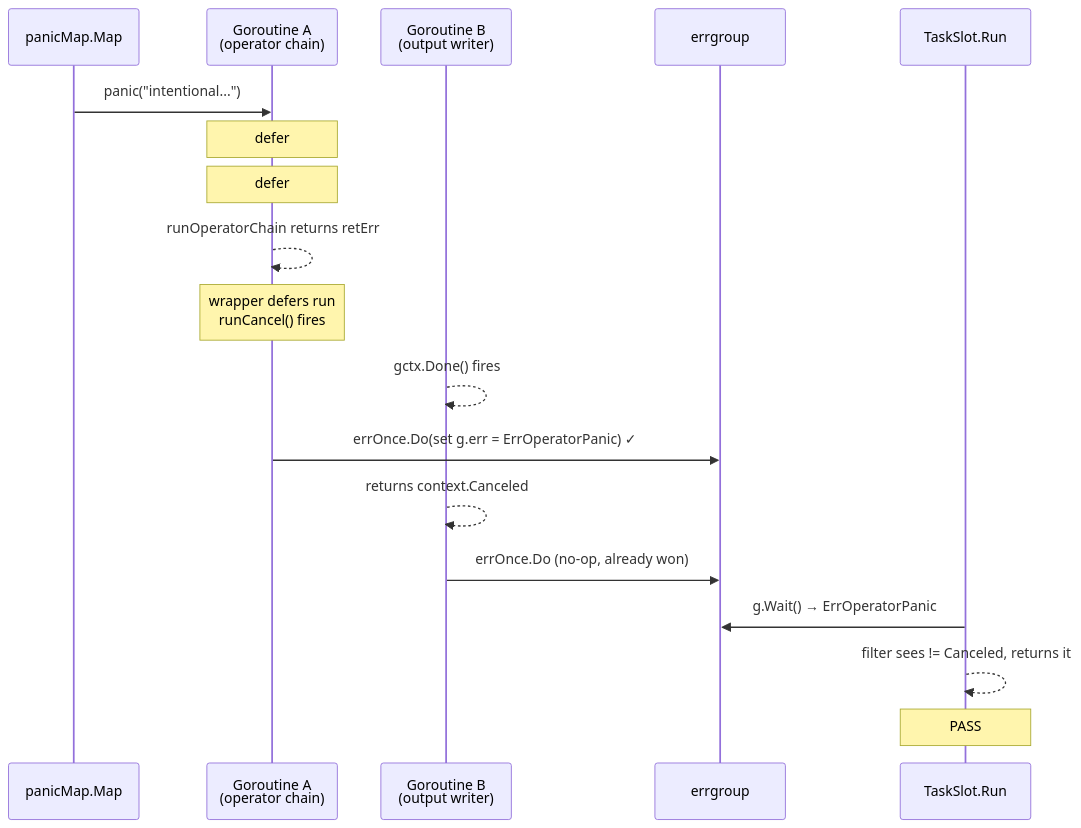
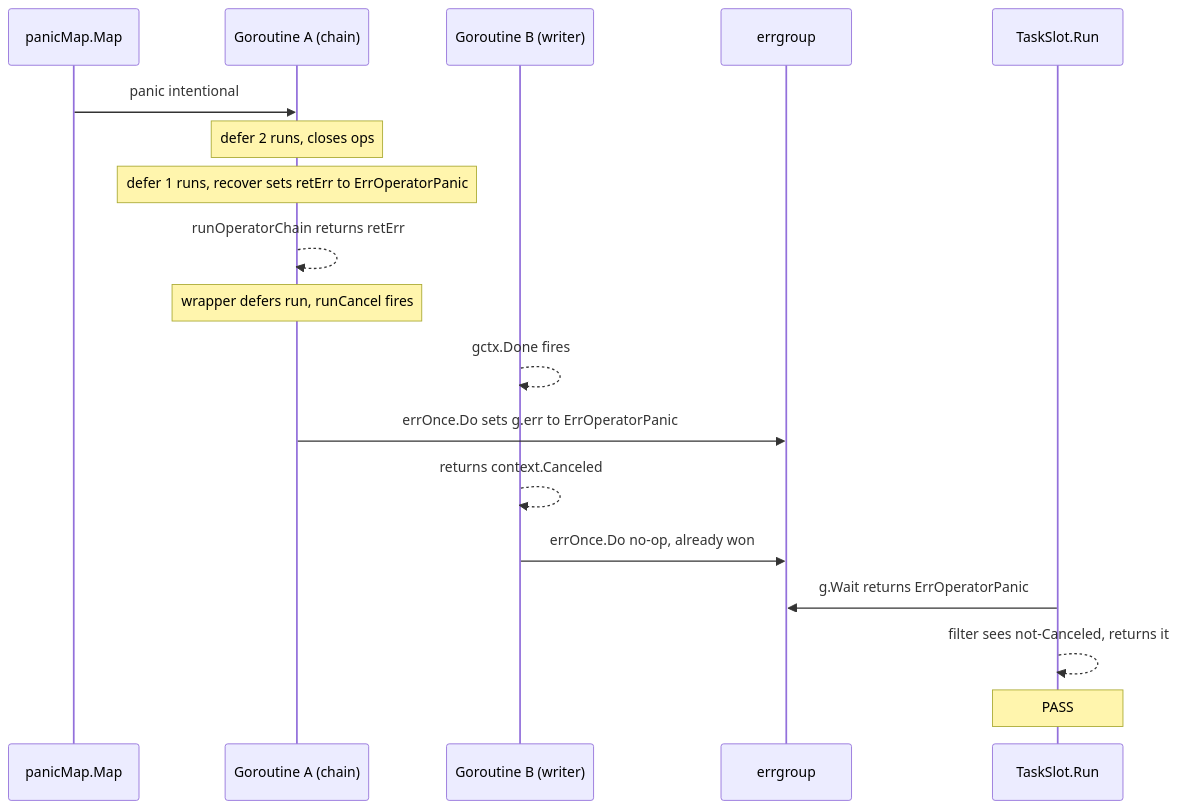
The first of 3 diagrams in docs/trds/WIP-24/README.md (tarungka/wire), drawn with Mermaid before and after one commit. The commit also changed other lines of this file, not shown here.

First line of the commit message:
docs(trds): WIP-24 fix mermaid sequence-diagram parse errors

````diff
--- a/docs/trds/WIP-24/README.md
+++ b/docs/trds/WIP-24/README.md
@@ -55,21 +55,21 @@
 ```mermaid
 sequenceDiagram
     participant Op as panicMap.Map
-    participant Chain as Goroutine A<br/>(operator chain)
-    participant Writer as Goroutine B<br/>(output writer)
+    participant Chain as Goroutine A (chain)
+    participant Writer as Goroutine B (writer)
     participant EG as errgroup
     participant Run as TaskSlot.Run
 
-    Op->>Chain: panic("intentional...")
-    Note over Chain: defer #2 runs (close ops)
-    Note over Chain: defer #1 runs (recover)<br/>retErr = ErrOperatorPanic
+    Op->>Chain: panic intentional
+    Note over Chain: defer 2 runs, closes ops
+    Note over Chain: defer 1 runs, recover sets retErr to ErrOperatorPanic
     Chain-->>Chain: runOperatorChain returns retErr
-    Note over Chain: wrapper defers run<br/>runCancel() fires
-    Writer-->>Writer: gctx.Done() fires
-    Chain->>EG: errOnce.Do(set g.err = ErrOperatorPanic) ✓
+    Note over Chain: wrapper defers run, runCancel fires
+    Writer-->>Writer: gctx.Done fires
+    Chain->>EG: errOnce.Do sets g.err to ErrOperatorPanic
     Writer-->>Writer: returns context.Canceled
-    Writer->>EG: errOnce.Do (no-op, already won)
-    Run->>EG: g.Wait() → ErrOperatorPanic
-    Run-->>Run: filter sees != Canceled, returns it
+    Writer->>EG: errOnce.Do no-op, already won
+    Run->>EG: g.Wait returns ErrOperatorPanic
+    Run-->>Run: filter sees not-Canceled, returns it
     Note over Run: PASS
 ```
````
